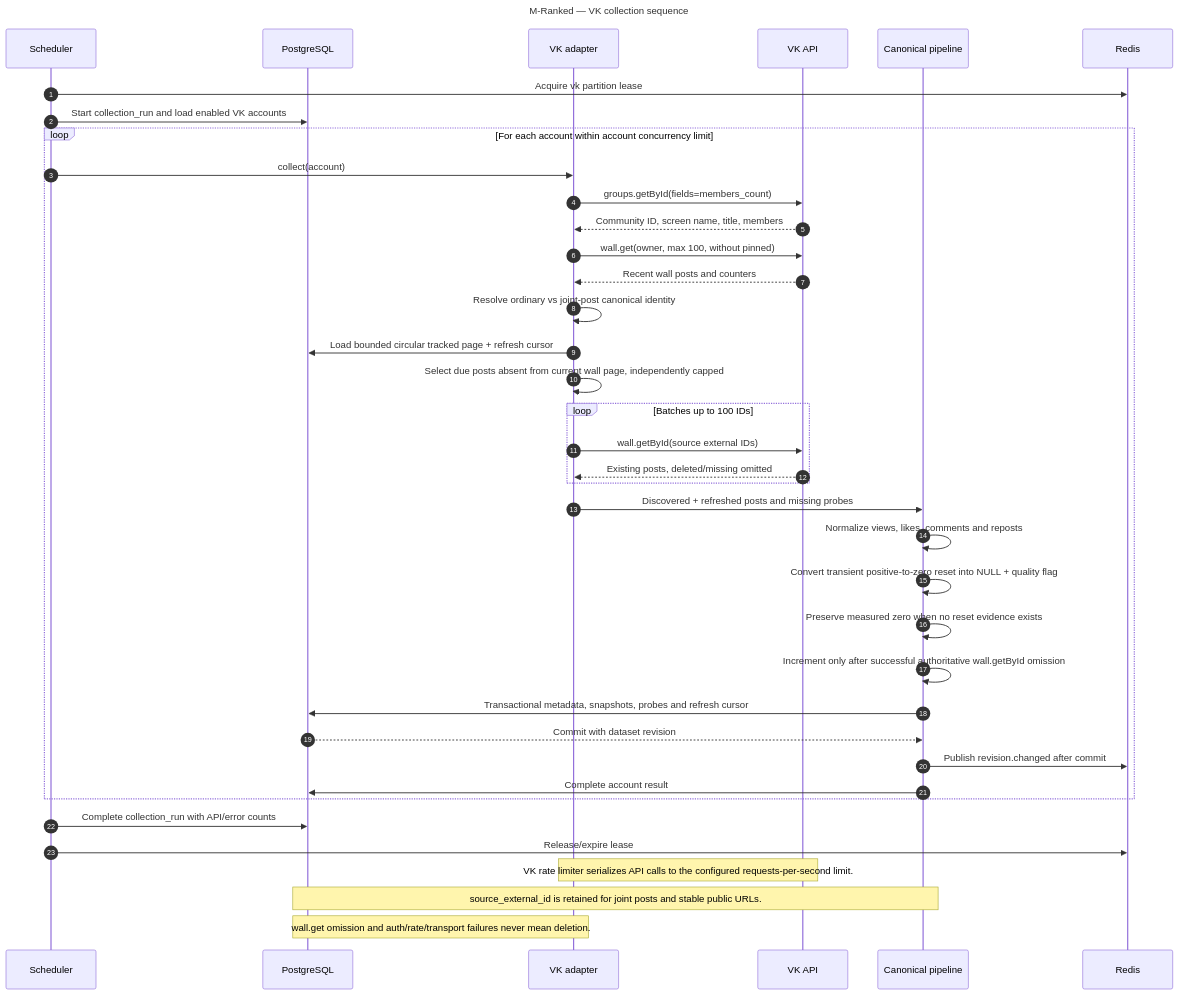
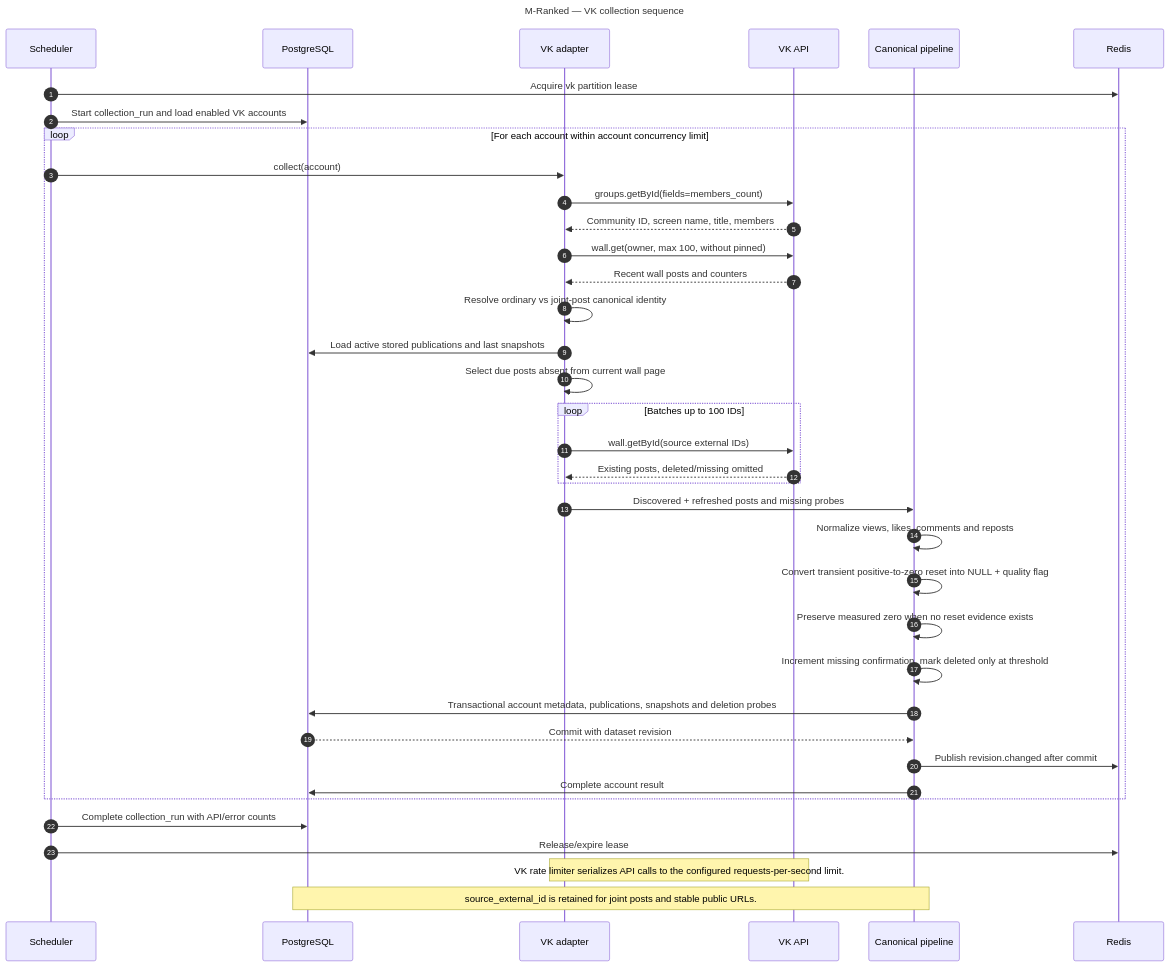
One commit to funpin/m-ranked changed the diagram in docs/architecture/sequences/collection-vk.mmd. Above: the diagram before and after it, drawn with Mermaid. The commit also changed 20 other files, not shown here.

Commit message:
docs: update collector architecture documentation

```diff
--- a/docs/architecture/sequences/collection-vk.mmd
+++ b/docs/architecture/sequences/collection-vk.mmd
@@ -1,43 +1,42 @@
 ---
 title: M-Ranked — VK collection sequence
 ---
 sequenceDiagram
     autonumber
     participant S as Scheduler
     participant DB as PostgreSQL
     participant V as VK adapter
     participant VK as VK API
     participant P as Canonical pipeline
     participant R as Redis
 
     S->>R: Acquire vk partition lease
     S->>DB: Start collection_run and load enabled VK accounts
     loop For each account within account concurrency limit
         S->>V: collect(account)
         V->>VK: groups.getById(fields=members_count)
         VK-->>V: Community ID, screen name, title, members
         V->>VK: wall.get(owner, max 100, without pinned)
         VK-->>V: Recent wall posts and counters
         V->>V: Resolve ordinary vs joint-post canonical identity
-        V->>DB: Load bounded circular tracked page + refresh cursor
-        V->>V: Select due posts absent from current wall page, independently capped
+        V->>DB: Load active stored publications and last snapshots
+        V->>V: Select due posts absent from current wall page
         loop Batches up to 100 IDs
             V->>VK: wall.getById(source external IDs)
             VK-->>V: Existing posts, deleted/missing omitted
         end
         V->>P: Discovered + refreshed posts and missing probes
         P->>P: Normalize views, likes, comments and reposts
         P->>P: Convert transient positive-to-zero reset into NULL + quality flag
         P->>P: Preserve measured zero when no reset evidence exists
-        P->>P: Increment only after successful authoritative wall.getById omission
-        P->>DB: Transactional metadata, snapshots, probes and refresh cursor
+        P->>P: Increment missing confirmation, mark deleted only at threshold
+        P->>DB: Transactional account metadata, publications, snapshots and deletion probes
         DB-->>P: Commit with dataset revision
         P->>R: Publish revision.changed after commit
         P->>DB: Complete account result
     end
     S->>DB: Complete collection_run with API/error counts
     S->>R: Release/expire lease
 
     Note over V,VK: VK rate limiter serializes API calls to the configured requests-per-second limit.
     Note over P,DB: source_external_id is retained for joint posts and stable public URLs.
-    Note over V,DB: wall.get omission and auth/rate/transport failures never mean deletion.
```
